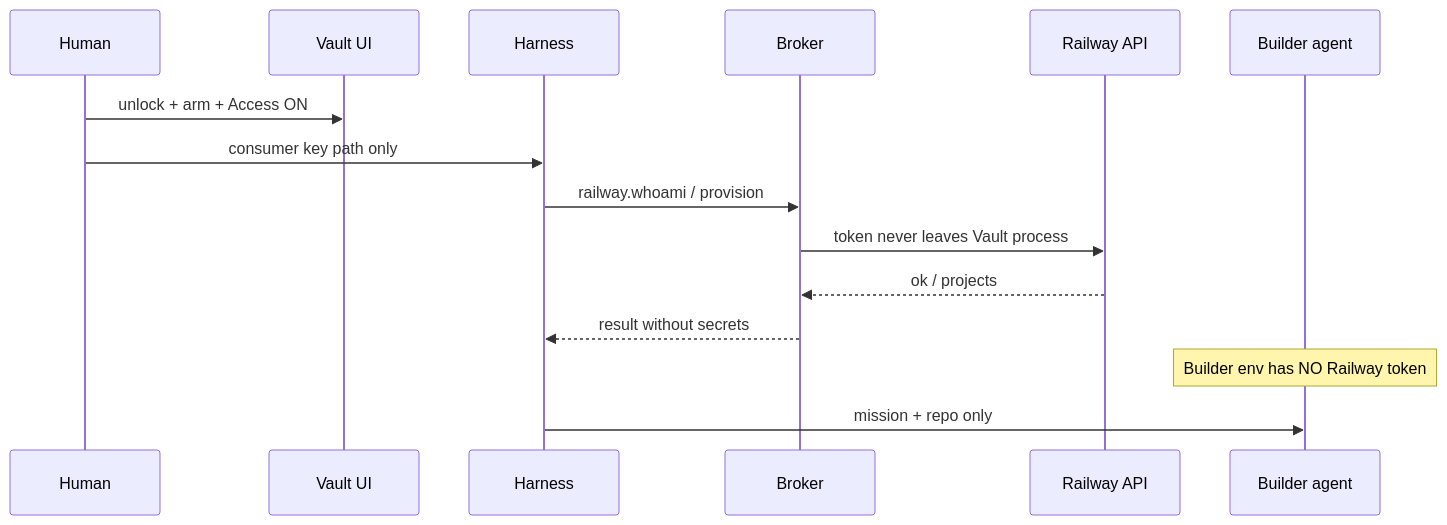
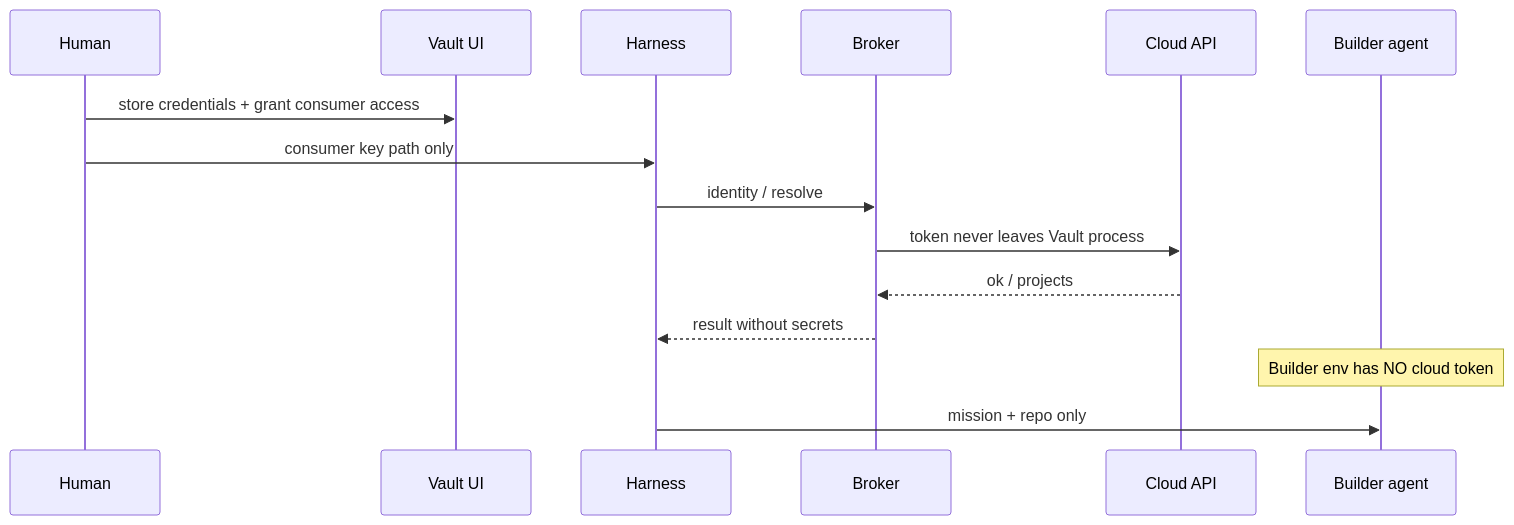
Before and after one commit to southu/vygo: the sixth of 7 diagrams in content/vibe-coding/ratchet-guide/diagrams.md, drawn with Mermaid. The commit also changed other lines of this file and 42 other files, not shown here.

````diff
--- a/content/vibe-coding/ratchet-guide/diagrams.md
+++ b/content/vibe-coding/ratchet-guide/diagrams.md
@@ -147,18 +147,18 @@
 ```mermaid
 sequenceDiagram
   participant Hum as Human
   participant V as Vault UI
   participant H as Harness
   participant B as Broker
-  participant R as Railway API
+  participant C as Cloud API
   participant A as Builder agent
 
-  Hum->>V: unlock + arm + Access ON
+  Hum->>V: store credentials + grant consumer access
   Hum->>H: consumer key path only
-  H->>B: railway.whoami / provision
-  B->>R: token never leaves Vault process
-  R-->>B: ok / projects
+  H->>B: identity / resolve
+  B->>C: token never leaves Vault process
+  C-->>B: ok / projects
   B-->>H: result without secrets
-  Note over A: Builder env has NO Railway token
+  Note over A: Builder env has NO cloud token
   H->>A: mission + repo only
 ```
````
